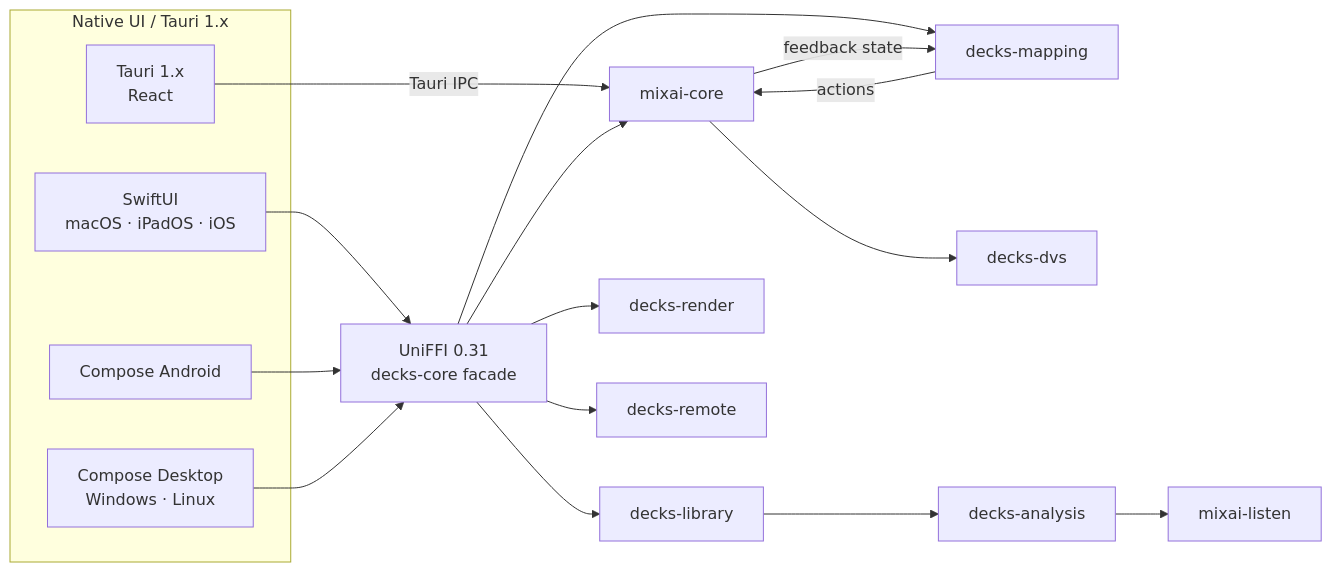
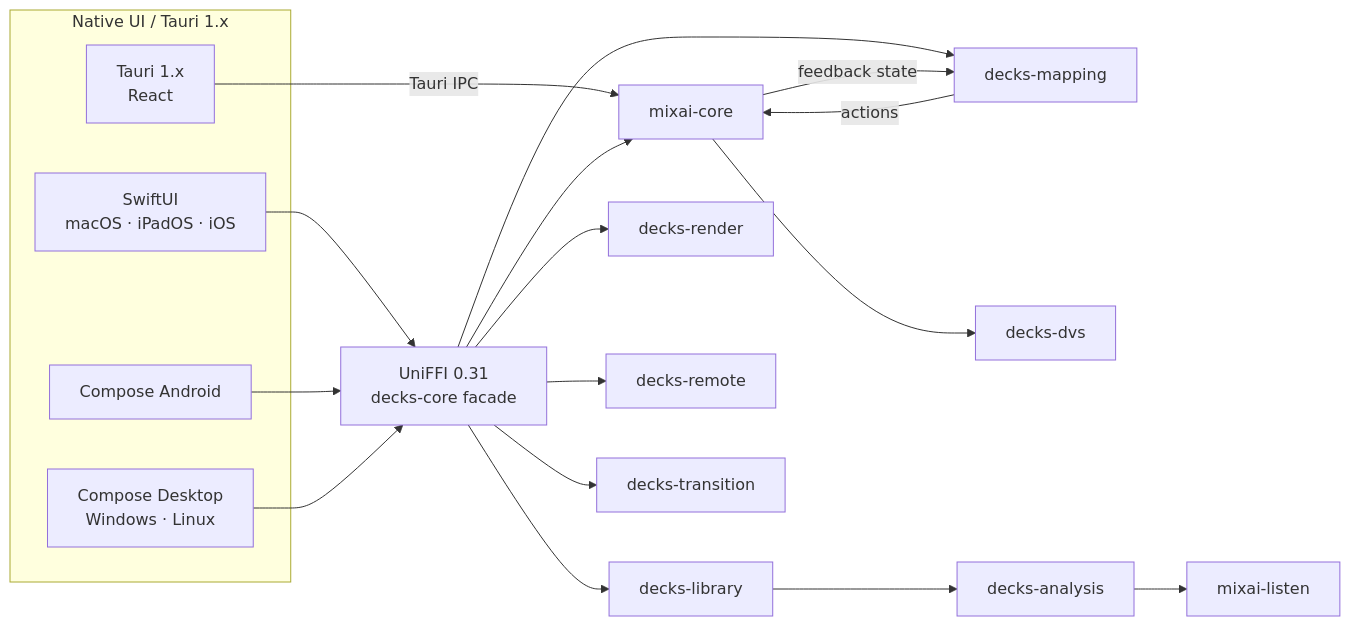
Before and after one commit to dragoscv/mmo: the first of 3 diagrams in docs/decks/architecture.md, drawn with Mermaid. The commit also changed other lines of this file and 32 other files, not shown here.

First line of the commit message:
feat(mixai): decks ai transition designer - next-track ranking, phrase-aligned automation, set safety (WP19-20)

````diff
--- a/docs/decks/architecture.md
+++ b/docs/decks/architecture.md
@@ -30,24 +31,25 @@
 ```mermaid
 flowchart LR
     subgraph UI[Native UI / Tauri 1.x]
         SW[SwiftUI<br/>macOS · iPadOS · iOS]
         CA[Compose Android]
         CD[Compose Desktop<br/>Windows · Linux]
         TA[Tauri 1.x<br/>React]
     end
     FFI[UniFFI 0.31<br/>decks-core facade]
     SW --> FFI
     CA --> FFI
     CD --> FFI
     TA -->|Tauri IPC| CORE
     FFI --> CORE[mixai-core]
     FFI --> LIB[decks-library]
     FFI --> MAP[decks-mapping]
     FFI --> REN[decks-render]
     FFI --> REM[decks-remote]
+    FFI --> TRN[decks-transition]
     CORE --> DVS[decks-dvs]
     LIB --> ANA[decks-analysis]
     ANA --> LST[mixai-listen]
     MAP -->|actions| CORE
     CORE -->|feedback state| MAP
 ```
````
